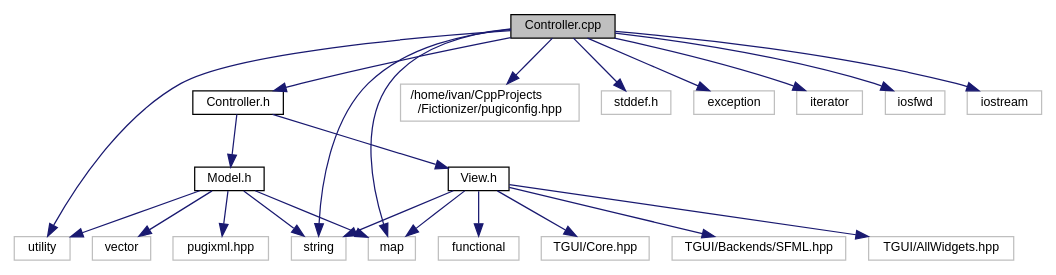
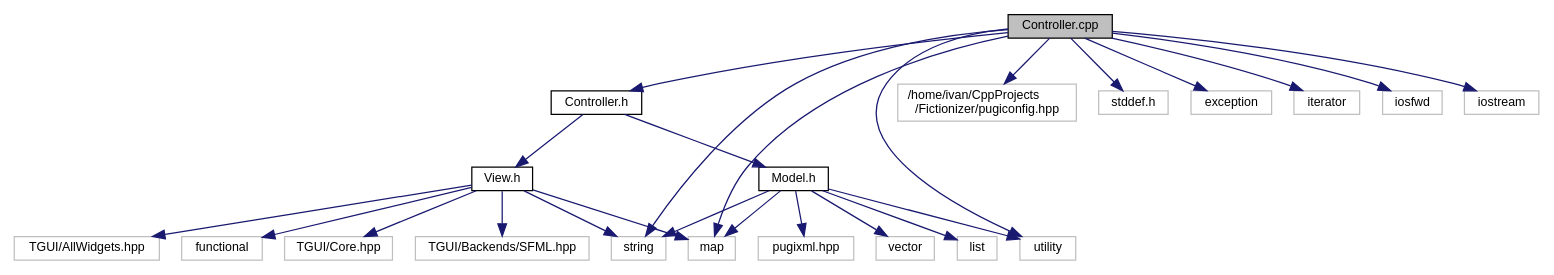
Before and after one commit to Simply-Ian/silentwater: the diagram in Docs/_controller_8cpp__incl.dot, drawn with Graphviz. The commit also changed 160 other files, not shown here.

```diff
--- a/Docs/_controller_8cpp__incl.dot
+++ b/Docs/_controller_8cpp__incl.dot
@@ -1,48 +1,50 @@
 digraph "Controller.cpp"
 {
  // LATEX_PDF_SIZE
   edge [fontname="Helvetica",fontsize="10",labelfontname="Helvetica",labelfontsize="10"];
   node [fontname="Helvetica",fontsize="10",shape=record];
   Node1 [label="Controller.cpp",height=0.2,width=0.4,color="black", fillcolor="grey75", style="filled", fontcolor="black",tooltip=" "];
   Node1 -> Node2 [color="midnightblue",fontsize="10",style="solid",fontname="Helvetica"];
   Node2 [label="Controller.h",height=0.2,width=0.4,color="black", fillcolor="white", style="filled",URL="$_controller_8h.html",tooltip="Заголовочный файл, определяющий класс Controller и псевдоним типа page_t."];
   Node2 -> Node3 [color="midnightblue",fontsize="10",style="solid",fontname="Helvetica"];
   Node3 [label="Model.h",height=0.2,width=0.4,color="black", fillcolor="white", style="filled",URL="$_model_8h.html",tooltip="Определяет классы Fragment, Walker и Model."];
   Node3 -> Node4 [color="midnightblue",fontsize="10",style="solid",fontname="Helvetica"];
   Node4 [label="utility",height=0.2,width=0.4,color="grey75", fillcolor="white", style="filled",tooltip=" "];
   Node3 -> Node5 [color="midnightblue",fontsize="10",style="solid",fontname="Helvetica"];
   Node5 [label="string",height=0.2,width=0.4,color="grey75", fillcolor="white", style="filled",tooltip=" "];
   Node3 -> Node6 [color="midnightblue",fontsize="10",style="solid",fontname="Helvetica"];
   Node6 [label="vector",height=0.2,width=0.4,color="grey75", fillcolor="white", style="filled",tooltip=" "];
   Node3 -> Node7 [color="midnightblue",fontsize="10",style="solid",fontname="Helvetica"];
-  Node7 [label="pugixml.hpp",height=0.2,width=0.4,color="grey75", fillcolor="white", style="filled",tooltip=" "];
+  Node7 [label="list",height=0.2,width=0.4,color="grey75", fillcolor="white", style="filled",tooltip=" "];
   Node3 -> Node8 [color="midnightblue",fontsize="10",style="solid",fontname="Helvetica"];
-  Node8 [label="map",height=0.2,width=0.4,color="grey75", fillcolor="white", style="filled",tooltip=" "];
-  Node2 -> Node9 [color="midnightblue",fontsize="10",style="solid",fontname="Helvetica"];
-  Node9 [label="View.h",height=0.2,width=0.4,color="black", fillcolor="white", style="filled",URL="$_view_8h.html",tooltip="Заголовочный файл, определяющий классы View и SWText."];
-  Node9 -> Node10 [color="midnightblue",fontsize="10",style="solid",fontname="Helvetica"];
-  Node10 [label="TGUI/Core.hpp",height=0.2,width=0.4,color="grey75", fillcolor="white", style="filled",tooltip=" "];
-  Node9 -> Node11 [color="midnightblue",fontsize="10",style="solid",fontname="Helvetica"];
-  Node11 [label="TGUI/Backends/SFML.hpp",height=0.2,width=0.4,color="grey75", fillcolor="white", style="filled",tooltip=" "];
-  Node9 -> Node12 [color="midnightblue",fontsize="10",style="solid",fontname="Helvetica"];
-  Node12 [label="TGUI/AllWidgets.hpp",height=0.2,width=0.4,color="grey75", fillcolor="white", style="filled",tooltip=" "];
-  Node9 -> Node13 [color="midnightblue",fontsize="10",style="solid",fontname="Helvetica"];
-  Node13 [label="functional",height=0.2,width=0.4,color="grey75", fillcolor="white", style="filled",tooltip=" "];
-  Node9 -> Node5 [color="midnightblue",fontsize="10",style="solid",fontname="Helvetica"];
-  Node9 -> Node8 [color="midnightblue",fontsize="10",style="solid",fontname="Helvetica"];
-  Node1 -> Node14 [color="midnightblue",fontsize="10",style="solid",fontname="Helvetica"];
-  Node14 [label="/home/ivan/CppProjects\l/Fictionizer/pugiconfig.hpp",height=0.2,width=0.4,color="grey75", fillcolor="white", style="filled",tooltip=" "];
+  Node8 [label="pugixml.hpp",height=0.2,width=0.4,color="grey75", fillcolor="white", style="filled",tooltip=" "];
+  Node3 -> Node9 [color="midnightblue",fontsize="10",style="solid",fontname="Helvetica"];
+  Node9 [label="map",height=0.2,width=0.4,color="grey75", fillcolor="white", style="filled",tooltip=" "];
+  Node2 -> Node10 [color="midnightblue",fontsize="10",style="solid",fontname="Helvetica"];
+  Node10 [label="View.h",height=0.2,width=0.4,color="black", fillcolor="white", style="filled",URL="$_view_8h.html",tooltip="Заголовочный файл, определяющий классы View и SWText."];
+  Node10 -> Node11 [color="midnightblue",fontsize="10",style="solid",fontname="Helvetica"];
+  Node11 [label="TGUI/Core.hpp",height=0.2,width=0.4,color="grey75", fillcolor="white", style="filled",tooltip=" "];
+  Node10 -> Node12 [color="midnightblue",fontsize="10",style="solid",fontname="Helvetica"];
+  Node12 [label="TGUI/Backends/SFML.hpp",height=0.2,width=0.4,color="grey75", fillcolor="white", style="filled",tooltip=" "];
+  Node10 -> Node13 [color="midnightblue",fontsize="10",style="solid",fontname="Helvetica"];
+  Node13 [label="TGUI/AllWidgets.hpp",height=0.2,width=0.4,color="grey75", fillcolor="white", style="filled",tooltip=" "];
+  Node10 -> Node14 [color="midnightblue",fontsize="10",style="solid",fontname="Helvetica"];
+  Node14 [label="functional",height=0.2,width=0.4,color="grey75", fillcolor="white", style="filled",tooltip=" "];
+  Node10 -> Node5 [color="midnightblue",fontsize="10",style="solid",fontname="Helvetica"];
+  Node10 -> Node9 [color="midnightblue",fontsize="10",style="solid",fontname="Helvetica"];
   Node1 -> Node15 [color="midnightblue",fontsize="10",style="solid",fontname="Helvetica"];
-  Node15 [label="stddef.h",height=0.2,width=0.4,color="grey75", fillcolor="white", style="filled",tooltip=" "];
+  Node15 [label="/home/ivan/CppProjects\l/Fictionizer/pugiconfig.hpp",height=0.2,width=0.4,color="grey75", fillcolor="white", style="filled",tooltip=" "];
   Node1 -> Node16 [color="midnightblue",fontsize="10",style="solid",fontname="Helvetica"];
-  Node16 [label="exception",height=0.2,width=0.4,color="grey75", fillcolor="white", style="filled",tooltip=" "];
+  Node16 [label="stddef.h",height=0.2,width=0.4,color="grey75", fillcolor="white", style="filled",tooltip=" "];
   Node1 -> Node17 [color="midnightblue",fontsize="10",style="solid",fontname="Helvetica"];
-  Node17 [label="iterator",height=0.2,width=0.4,color="grey75", fillcolor="white", style="filled",tooltip=" "];
+  Node17 [label="exception",height=0.2,width=0.4,color="grey75", fillcolor="white", style="filled",tooltip=" "];
   Node1 -> Node18 [color="midnightblue",fontsize="10",style="solid",fontname="Helvetica"];
-  Node18 [label="iosfwd",height=0.2,width=0.4,color="grey75", fillcolor="white", style="filled",tooltip=" "];
+  Node18 [label="iterator",height=0.2,width=0.4,color="grey75", fillcolor="white", style="filled",tooltip=" "];
+  Node1 -> Node19 [color="midnightblue",fontsize="10",style="solid",fontname="Helvetica"];
+  Node19 [label="iosfwd",height=0.2,width=0.4,color="grey75", fillcolor="white", style="filled",tooltip=" "];
   Node1 -> Node5 [color="midnightblue",fontsize="10",style="solid",fontname="Helvetica"];
-  Node1 -> Node8 [color="midnightblue",fontsize="10",style="solid",fontname="Helvetica"];
+  Node1 -> Node9 [color="midnightblue",fontsize="10",style="solid",fontname="Helvetica"];
   Node1 -> Node4 [color="midnightblue",fontsize="10",style="solid",fontname="Helvetica"];
-  Node1 -> Node19 [color="midnightblue",fontsize="10",style="solid",fontname="Helvetica"];
-  Node19 [label="iostream",height=0.2,width=0.4,color="grey75", fillcolor="white", style="filled",tooltip=" "];
+  Node1 -> Node20 [color="midnightblue",fontsize="10",style="solid",fontname="Helvetica"];
+  Node20 [label="iostream",height=0.2,width=0.4,color="grey75", fillcolor="white", style="filled",tooltip=" "];
 }
```
